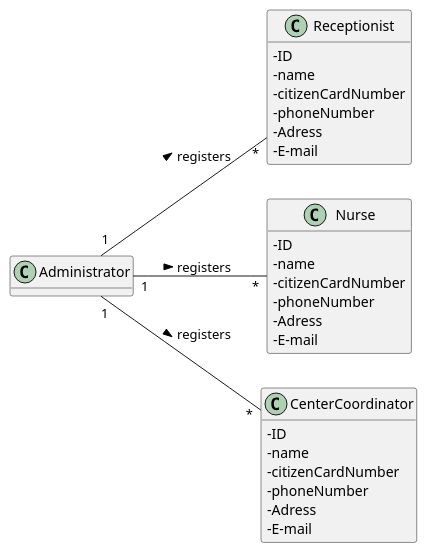
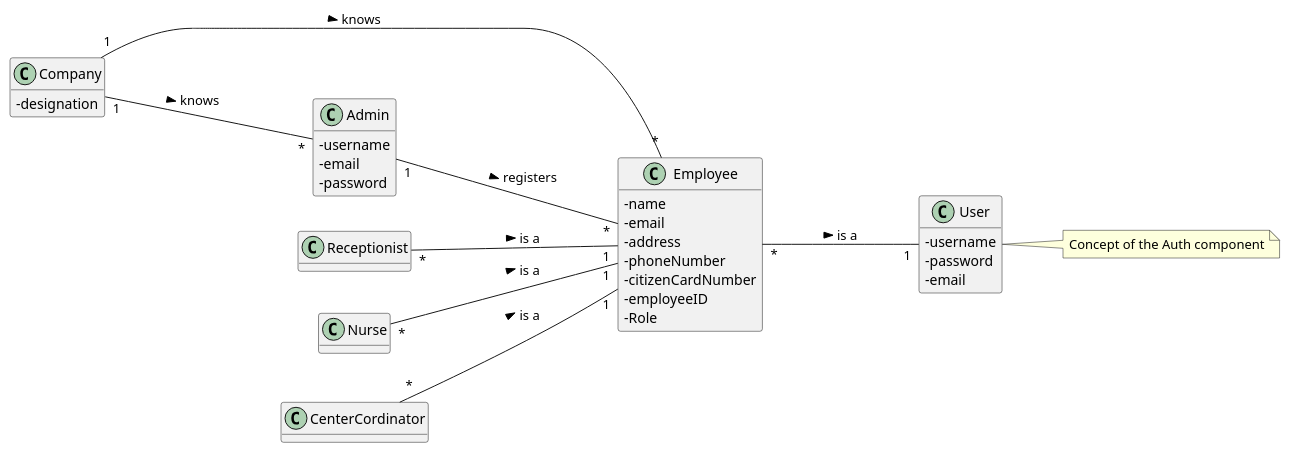
Before and after one commit to PedroMesquita1211171/VaccinationManager: the diagram in docs/SprintD/US/US10/US010_MD.puml, drawn with PlantUML. The commit also changed 9 other files, not shown here.

```diff
--- a/docs/SprintD/US/US10/US010_MD.puml
+++ b/docs/SprintD/US/US10/US010_MD.puml
@@ -1,40 +1,56 @@
 @startuml
 hide methods
 left to right direction
 skinparam classAttributeIconSize 0
 
-class Administrator{
+class Company {
+  -designation
 }
 
-class Receptionist{
--ID
--name
--citizenCardNumber
--phoneNumber
--Adress
--E-mail
-}
-class Nurse{
--ID
--name
--citizenCardNumber
--phoneNumber
--Adress
--E-mail
-}
-class CenterCoordinator{
--ID
--name
--citizenCardNumber
--phoneNumber
--Adress
--E-mail
+class Receptionist {
 }
 
+class Nurse {
+}
+
+class CenterCordinator {
+}
+
+class User{
+-username
+-password
+-email
+}
+
+class Employee{
+ -name
+ -email
+ -address
+ -phoneNumber
+ -citizenCardNumber
+ -employeeID
+ -Role
+}
+
+class Admin{
+-username
+-email
+-password
+}
+
+Admin "1"---"*" Employee : registers >
+
+Receptionist "*"---"1"  Employee : is a >
+Nurse "*"---"1"  Employee : is a >
+CenterCordinator "*"---"1"  Employee : is a >
+
+Employee "*"---"1" User : is a >
+
+Company "1"---"*" Employee : knows >
+Company "1"---"*" Admin : knows >
+
+note "Concept of the Auth component" as N1
+User .. N1
 
 
-Administrator "1"--"*" Receptionist : registers >
-Administrator "1"--"*" Nurse : registers >
-Administrator "1"--"*" CenterCoordinator : registers >
-
 @enduml
```
